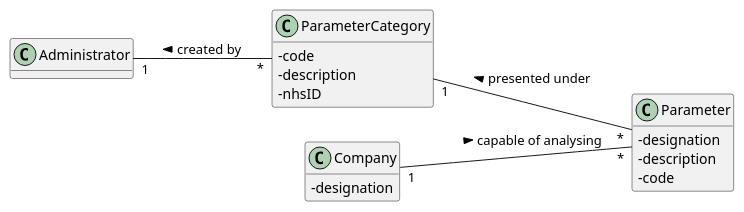
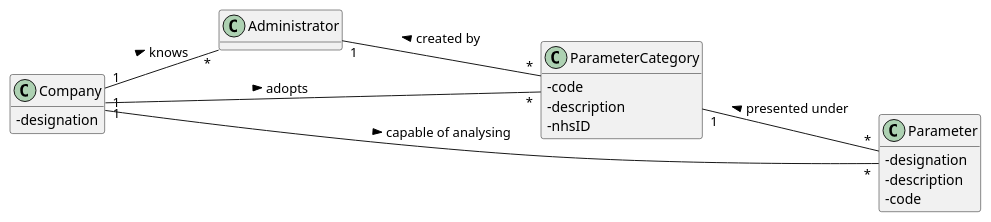
Before and after one commit to 0franciscor/lei-21-s2-1de-g19: the diagram in docs/SprintB/US10/US10-MD.puml, drawn with PlantUML. The commit also changed 1 other file, not shown here.

```diff
--- a/docs/SprintB/US10/US10-MD.puml
+++ b/docs/SprintB/US10/US10-MD.puml
@@ -1,35 +1,40 @@
 @startuml
 'https://plantuml.com/class-diagram
 hide methods
 left to right direction
+class Company
 class Administrator
 class ParameterCategory
 class Parameter
-class Company
 
+
+Company "1" -- "*" Parameter : > capable of analysing
+Company "1" -- "*" ParameterCategory : > adopts
+Company "1" -- "*" Administrator : > knows
+ParameterCategory "1" -- "*" Parameter : < presented under
 Administrator "1" -- "*" ParameterCategory : < created by
-ParameterCategory "1" -- "*" Parameter : < presented under
-Company "1" -- "*" Parameter : > capable of analysing
 
 skinparam classAttributeIconSize 0
+class Company{
+-designation
+}
 
-class Administrator{
-}
+
 
 class ParameterCategory{
 -code
 -description
 -nhsID
 }
 
 class Parameter{
 -designation
 -description
 -code
 }
 
-class Company{
--designation
+class Administrator{
 }
 
+
 @enduml
```
